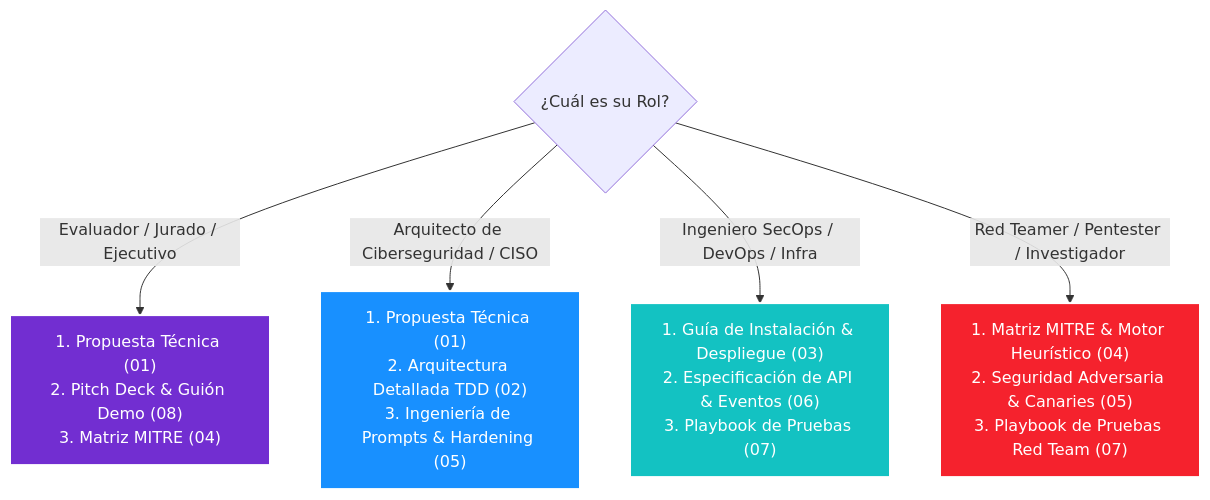
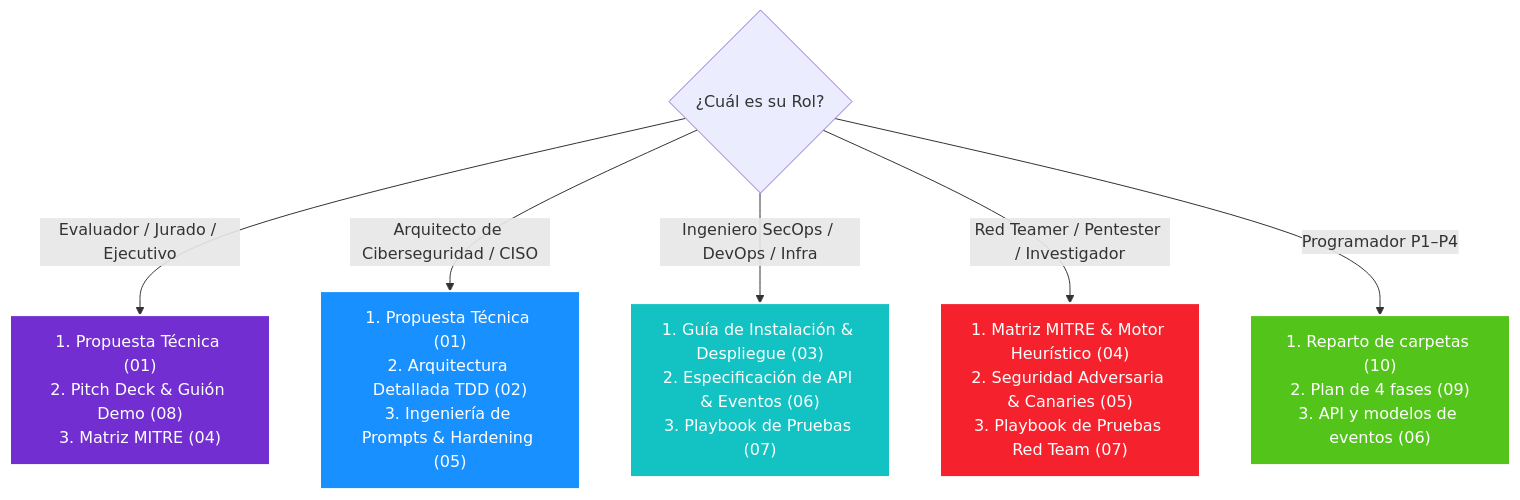
One commit to LUISALEJANDROSANDOVAL/Security_IA changed the second of 2 diagrams in docs/README.md. Above: the diagram before and after it, drawn with Mermaid. The commit also changed other lines of this file and 85 other files, not shown here.

````diff
--- a/docs/README.md
+++ b/docs/README.md
@@ -47,19 +49,23 @@
 ```mermaid
 flowchart TD
     Role{¿Cuál es su Rol?}
     
     Role -->|Evaluador / Jurado / Ejecutivo| PathExec["1. Propuesta Técnica (01)<br/>2. Pitch Deck & Guión Demo (08)<br/>3. Matriz MITRE (04)"]
     Role -->|Arquitecto de Ciberseguridad / CISO| PathArch["1. Propuesta Técnica (01)<br/>2. Arquitectura Detallada TDD (02)<br/>3. Ingeniería de Prompts & Hardening (05)"]
     Role -->|Ingeniero SecOps / DevOps / Infra| PathOps["1. Guía de Instalación & Despliegue (03)<br/>2. Especificación de API & Eventos (06)<br/>3. Playbook de Pruebas (07)"]
     Role -->|Red Teamer / Pentester / Investigador| PathRed["1. Matriz MITRE & Motor Heurístico (04)<br/>2. Seguridad Adversaria & Canaries (05)<br/>3. Playbook de Pruebas Red Team (07)"]
+    Role -->|Programador P1–P4| PathDev["1. Reparto de carpetas (10)<br/>2. Plan de 4 fases (09)<br/>3. API y modelos de eventos (06)"]
 
     classDef exec fill:#722ed1,stroke:#fff,stroke-width:2px,color:#fff;
     classDef arch fill:#1890ff,stroke:#fff,stroke-width:2px,color:#fff;
     classDef ops fill:#13c2c2,stroke:#fff,stroke-width:2px,color:#fff;
     classDef red fill:#f5222d,stroke:#fff,stroke-width:2px,color:#fff;
 
+    classDef dev fill:#52c41a,stroke:#fff,stroke-width:2px,color:#fff;
+
     class PathExec exec;
     class PathArch arch;
     class PathOps ops;
     class PathRed red;
+    class PathDev dev;
 ```
````
